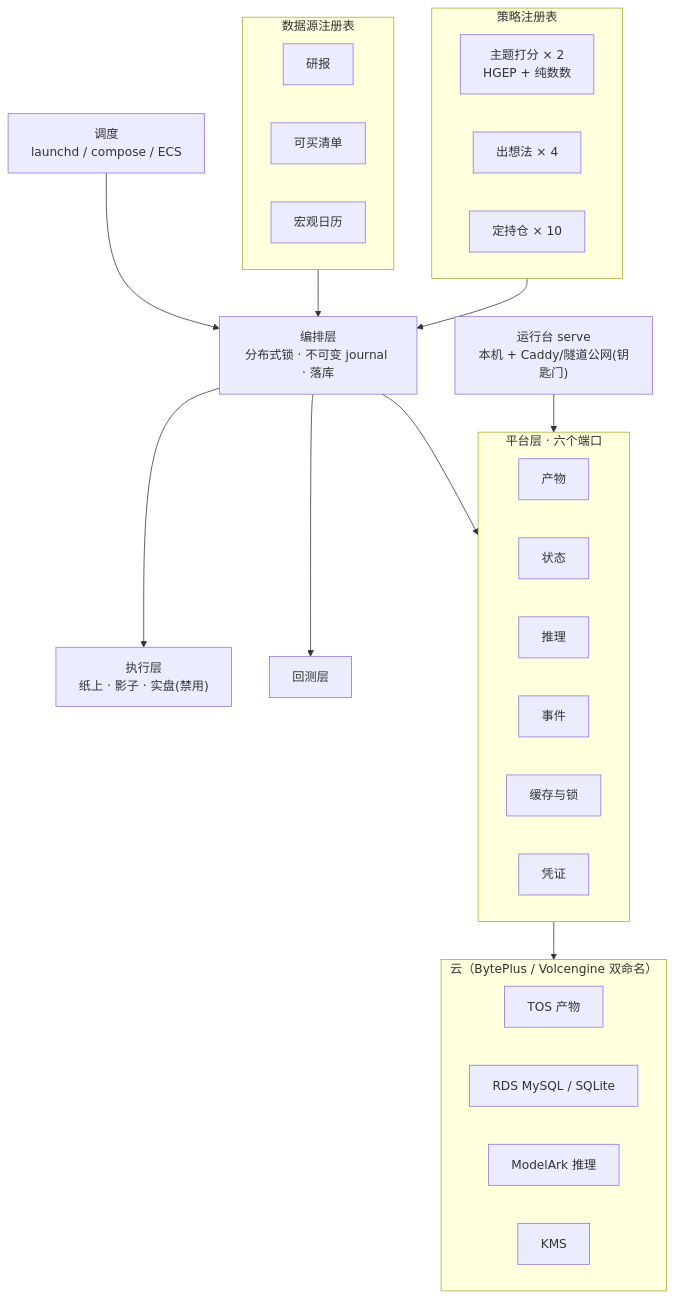
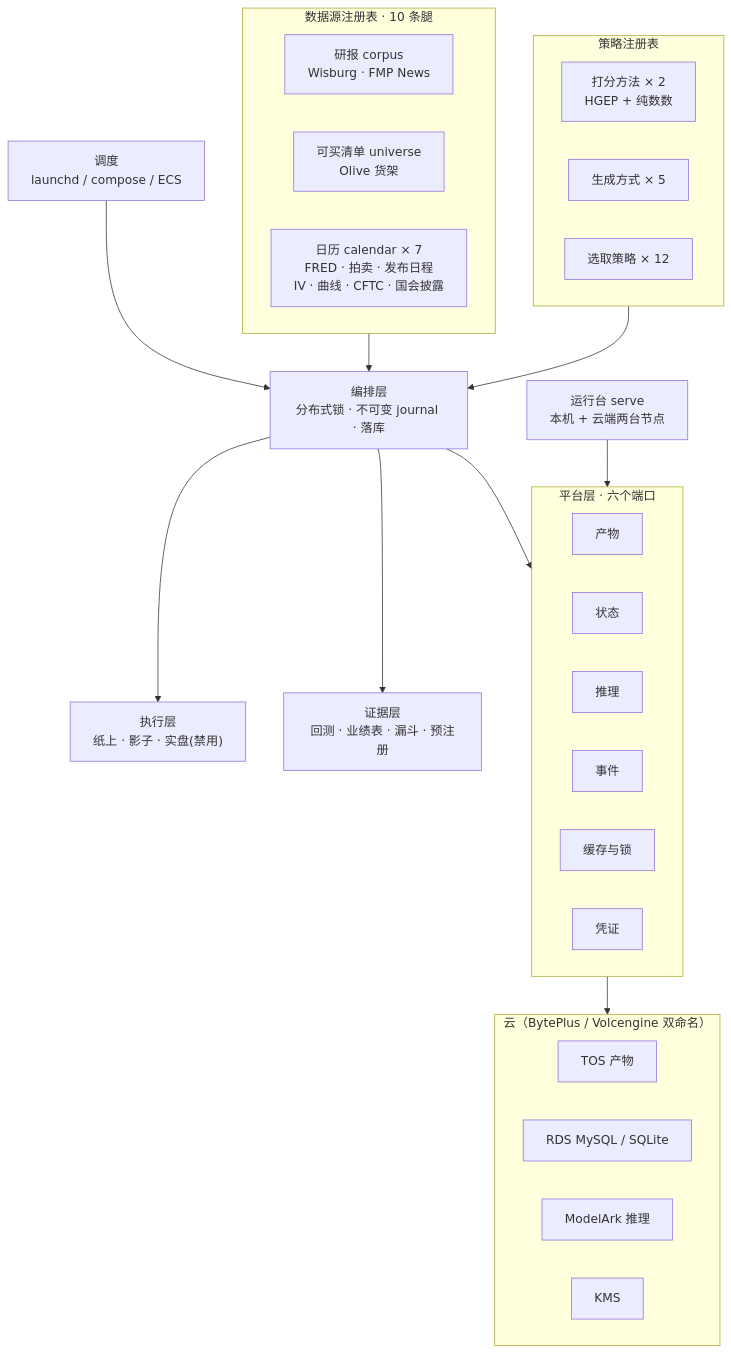
One commit to YuesongCai/IdeaGen40 changed the second of 2 diagrams in README.md. Above: the diagram before and after it, drawn with Mermaid. The commit also changed other lines of this file, not shown here.

````diff
--- a/README.md
+++ b/README.md
@@ -79,36 +135,36 @@
 ```mermaid
 flowchart TB
   subgraph STRAT["策略注册表"]
-    S1["主题打分 × 2<br/>HGEP + 纯数数"]
-    S2["出想法 × 4"]
-    S3["定持仓 × 10"]
+    S1["打分方法 × 2<br/>HGEP + 纯数数"]
+    S2["生成方式 × 5"]
+    S3["选取策略 × 12"]
   end
-  subgraph FEED["数据源注册表"]
-    F1["研报"] 
-    F2["可买清单"]
-    F3["宏观日历"]
+  subgraph FEED["数据源注册表 · 10 条腿"]
+    F1["研报 corpus<br/>Wisburg · FMP News"]
+    F2["可买清单 universe<br/>Olive 货架"]
+    F3["日历 calendar × 7<br/>FRED · 拍卖 · 发布日程<br/>IV · 曲线 · CFTC · 国会披露"]
   end
   ORCH["编排层<br/>分布式锁 · 不可变 journal · 落库"]
   subgraph PORT["平台层 · 六个端口"]
     P1["产物"]
     P2["状态"]
     P3["推理"]
     P4["事件"]
     P5["缓存与锁"]
     P6["凭证"]
   end
   subgraph CLOUD["云（BytePlus / Volcengine 双命名）"]
     B1["TOS 产物"]
     B2["RDS MySQL / SQLite"]
     B3["ModelArk 推理"]
     B4["KMS"]
   end
   FEED --> ORCH
   STRAT --> ORCH
   ORCH --> PORT
   PORT --> CLOUD
   ORCH --> EXE["执行层<br/>纸上 · 影子 · 实盘(禁用)"]
-  ORCH --> BT["回测层"]
+  ORCH --> BT["证据层<br/>回测 · 业绩表 · 漏斗 · 预注册"]
   SCHED["调度<br/>launchd / compose / ECS"] --> ORCH
-  SERVE["运行台 serve<br/>本机 + Caddy/隧道公网(钥匙门)"] --> PORT
+  SERVE["运行台 serve<br/>本机 + 云端两台节点"] --> PORT
 ```
````
